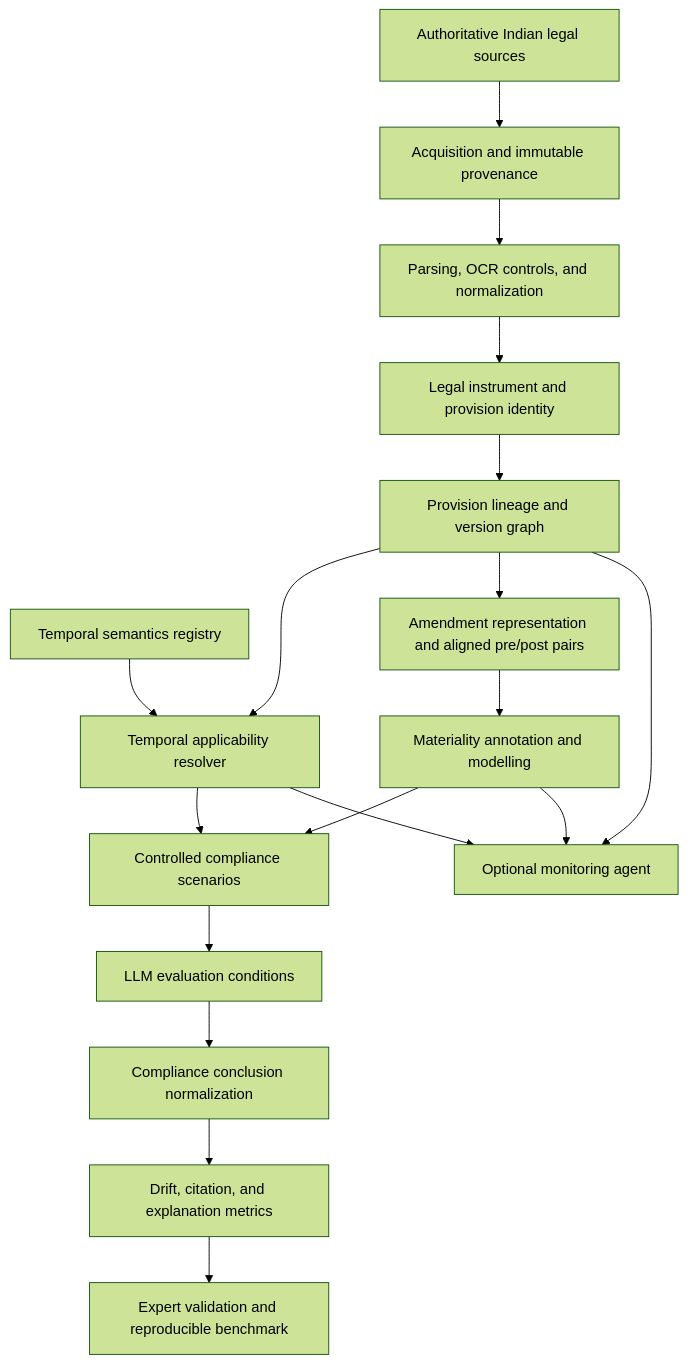
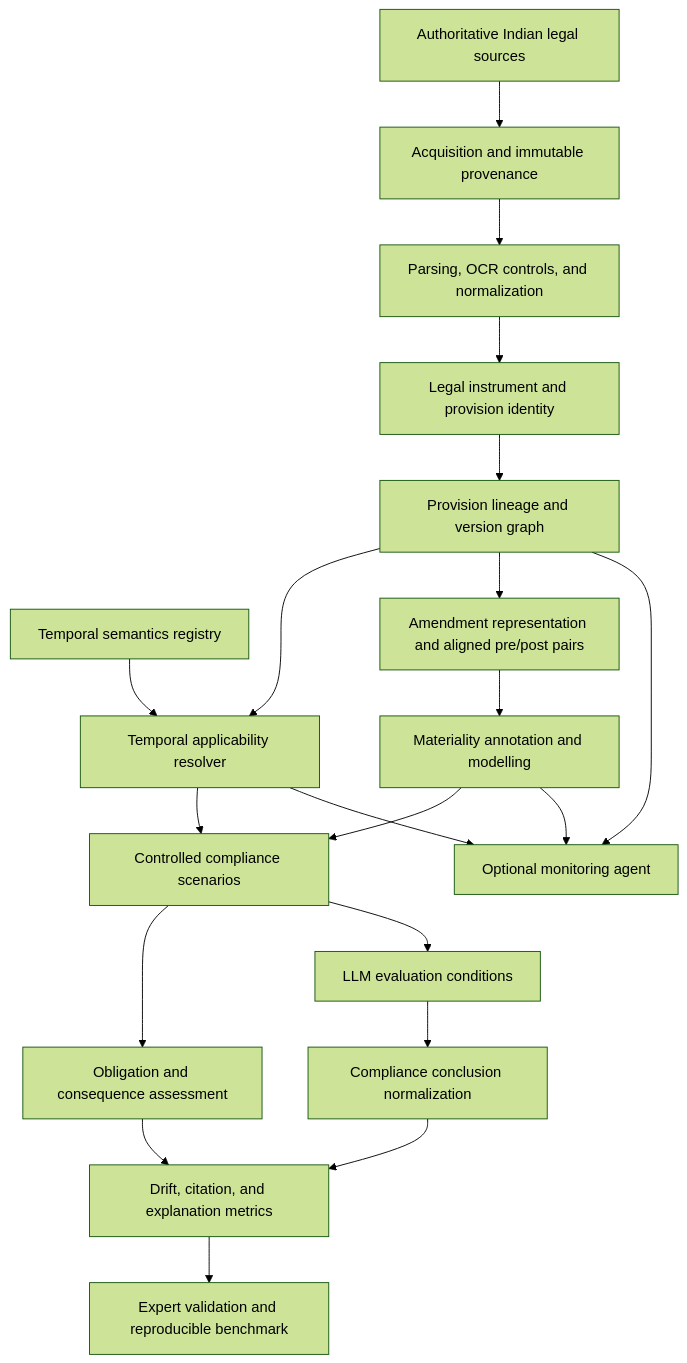
The diagram in plan.md (PremCodes2005/Temporal-Legal-Drift-in-Indian-Code), drawn with Mermaid (forest theme) before and after one commit. The commit also changed other lines of this file, not shown here.

````diff
--- a/plan.md
+++ b/plan.md
@@ -324,29 +331,32 @@
 ```mermaid
 flowchart TD
     A[Authoritative Indian legal sources]
     B[Acquisition and immutable provenance]
     C[Parsing, OCR controls, and normalization]
     D[Legal instrument and provision identity]
     E[Provision lineage and version graph]
     F[Temporal semantics registry]
     G[Temporal applicability resolver]
     H[Amendment representation and aligned pre/post pairs]
     I[Materiality annotation and modelling]
     J[Controlled compliance scenarios]
+    R[Obligation and consequence assessment]
     K[LLM evaluation conditions]
     L[Compliance conclusion normalization]
     M[Drift, citation, and explanation metrics]
     N[Expert validation and reproducible benchmark]
     O[Optional monitoring agent]
 
     A --> B --> C --> D --> E
     E --> G
     F --> G
     E --> H --> I
     G --> J
     I --> J
+    J --> R
     J --> K --> L --> M --> N
+    R --> M
     E --> O
     G --> O
     I --> O
 ```
````
